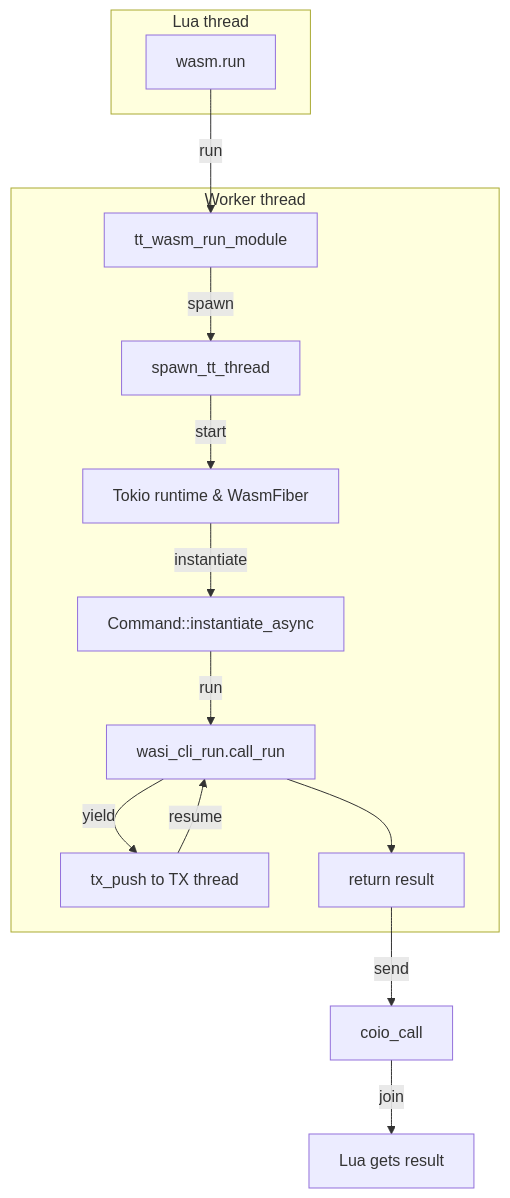
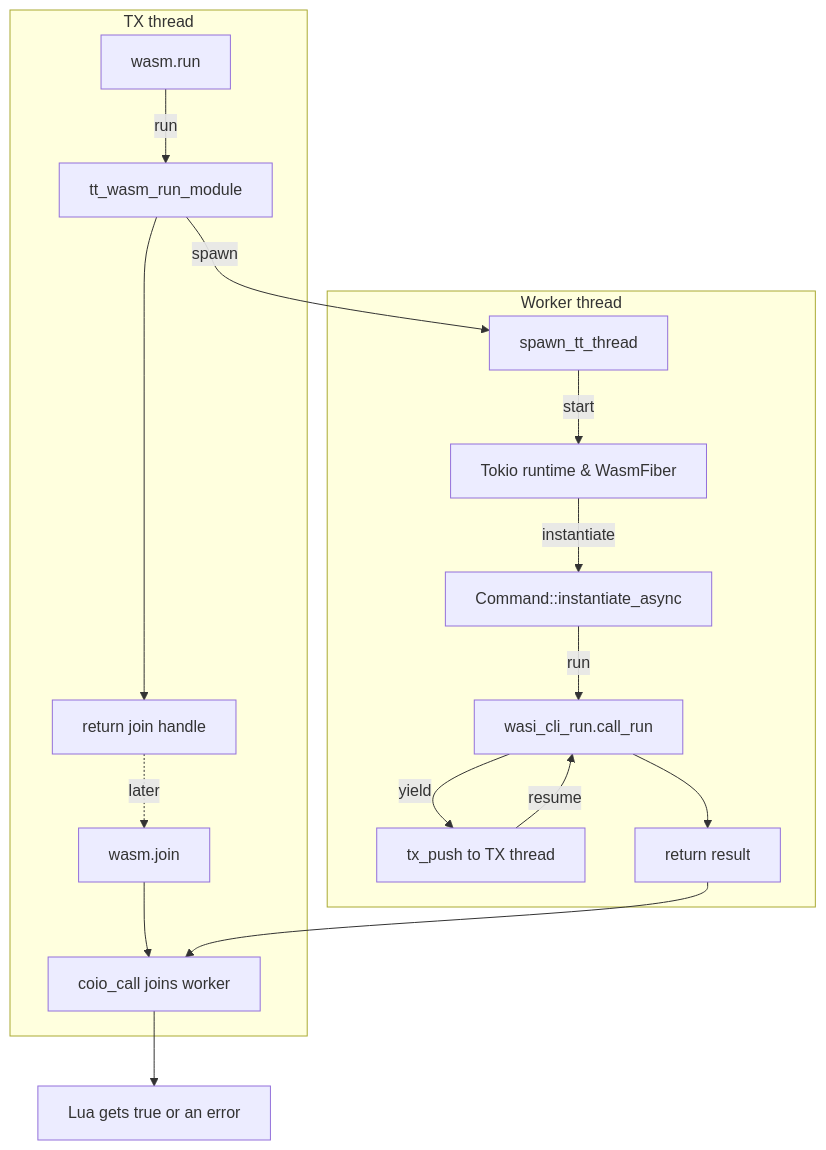
One commit to tarantool/tarantool-wasm-rs changed the first of 3 diagrams in docs/wasm_component.md. Above: the diagram before and after it, drawn with Mermaid. The commit also changed other lines of this file and 4 other files, not shown here.

````diff
--- a/docs/wasm_component.md
+++ b/docs/wasm_component.md
@@ -93,21 +113,29 @@
 ```mermaid
 flowchart TD
-    subgraph Lua thread
+    subgraph TX thread
         LR[wasm.run]
+        FR[tt_wasm_run_module]
+        RH[return join handle]
+        LJ[wasm.join]
+        CoioRun[coio_call joins worker]
     end
 
-    LR -- run --> FR[tt_wasm_run_module]
+    LR -- run --> FR
+    FR -- spawn --> ST
+    FR --> RH
 
     subgraph Worker thread
-        FR -- spawn --> ST[spawn_tt_thread]
+        ST[spawn_tt_thread]
         ST -- start --> TR[Tokio runtime & WasmFiber]
         TR -- instantiate --> RI[Command::instantiate_async]
         RI -- run --> RRun[wasi_cli_run.call_run]
         RRun -->|yield| TX[tx_push to TX thread]
         TX -->|resume| RRun
         RRun --> RDone[return result]
     end
 
-    RDone -- send --> CoioRun[coio_call]
-    CoioRun -- join --> ReturnRun[Lua gets result]
+    RH -. later .-> LJ
+    LJ --> CoioRun
+    RDone --> CoioRun
+    CoioRun --> ReturnRun[Lua gets true or an error]
 ```
````
